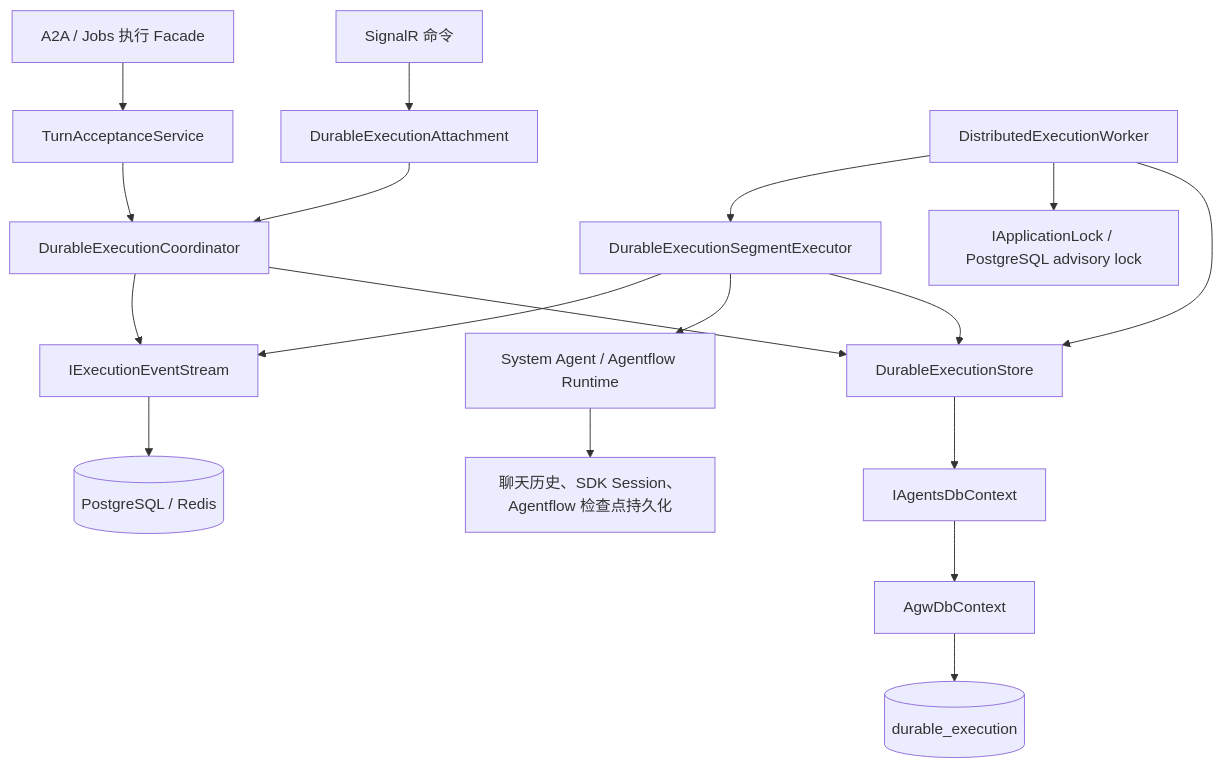
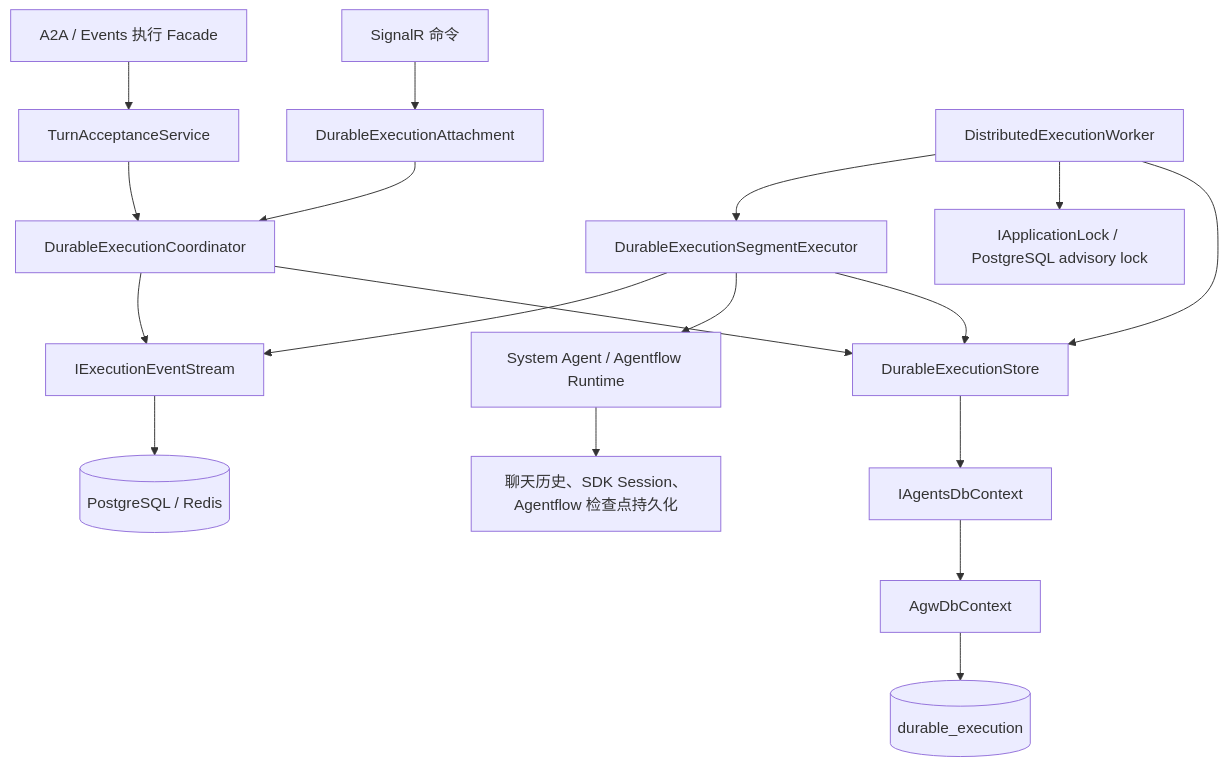
The first of 3 diagrams in src/server/Agw.Agents.Execution/Persistence/README.md (zxyao145/agw), drawn with Mermaid before and after one commit. The commit also changed other lines of this file and 247 other files, not shown here.

````diff
--- a/src/server/Agw.Agents.Execution/Persistence/README.md
+++ b/src/server/Agw.Agents.Execution/Persistence/README.md
@@ -85,20 +85,20 @@
 ```mermaid
 flowchart TB
     SignalR["SignalR 命令"] --> Session["DurableExecutionAttachment"]
-    Facade["A2A / Jobs 执行 Facade"] --> Acceptance["TurnAcceptanceService"]
+    Facade["A2A / Events 执行 Facade"] --> Acceptance["TurnAcceptanceService"]
     Session --> Coordinator["DurableExecutionCoordinator"]
     Acceptance --> Coordinator
     Coordinator --> Store["DurableExecutionStore"]
     Worker["DistributedExecutionWorker"] --> Store
     Worker --> Lock["IApplicationLock / PostgreSQL advisory lock"]
     Worker --> Executor["DurableExecutionSegmentExecutor"]
     Executor --> Store
     Executor --> Runtime["System Agent / Agentflow Runtime"]
     Store --> Port["IAgentsDbContext"]
     Port --> DbContext["AgwDbContext"]
     DbContext --> State[("durable_execution")]
     Executor --> Events["IExecutionEventStream"]
     Coordinator --> Events
     Events --> EventStorage[("PostgreSQL / Redis")]
     Runtime --> Existing["聊天历史、SDK Session、Agentflow 检查点持久化"]
 ```
````
